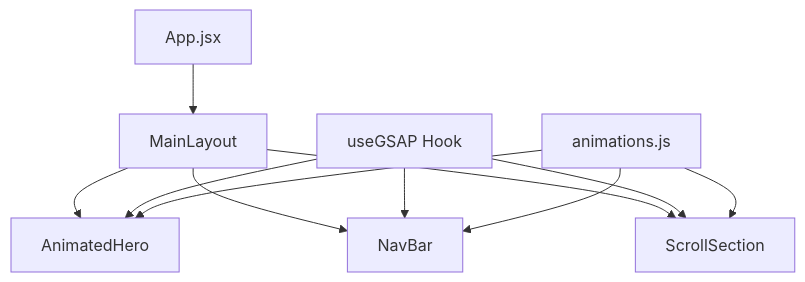
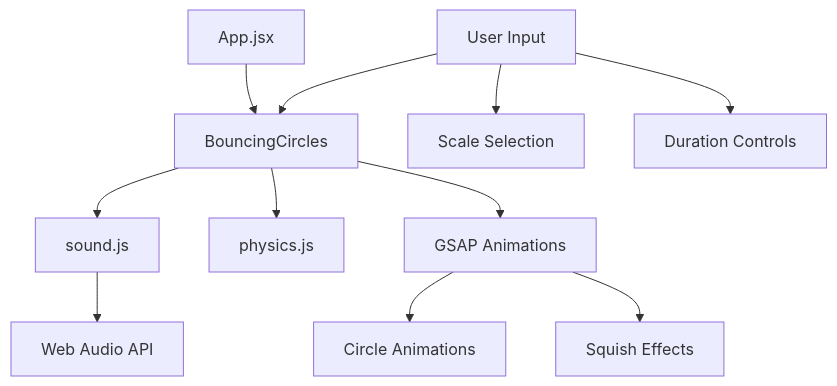
The diagram in cline_docs/codebaseSummary.md (circlegetsquare/oscillaphone), drawn with Mermaid before and after one commit. The commit also changed other lines of this file and 3 other files, not shown here.

````diff
--- a/cline_docs/codebaseSummary.md
+++ b/cline_docs/codebaseSummary.md
@@ -30,13 +50,13 @@
 ```mermaid
 graph TD
-    A[App.jsx] --> B[MainLayout]
-    B --> C[AnimatedHero]
-    B --> D[NavBar]
-    B --> E[ScrollSection]
-    F[useGSAP Hook] --> C
-    F --> D
-    F --> E
-    G[animations.js] --> C
-    G --> D
-    G --> E
+    A[App.jsx] --> B[BouncingCircles]
+    B --> C[sound.js]
+    B --> D[physics.js]
+    B --> E[GSAP Animations]
+    C --> F[Web Audio API]
+    E --> G[Circle Animations]
+    E --> H[Squish Effects]
+    I[User Input] --> B
+    I --> J[Scale Selection]
+    I --> K[Duration Controls]
 ```
````
